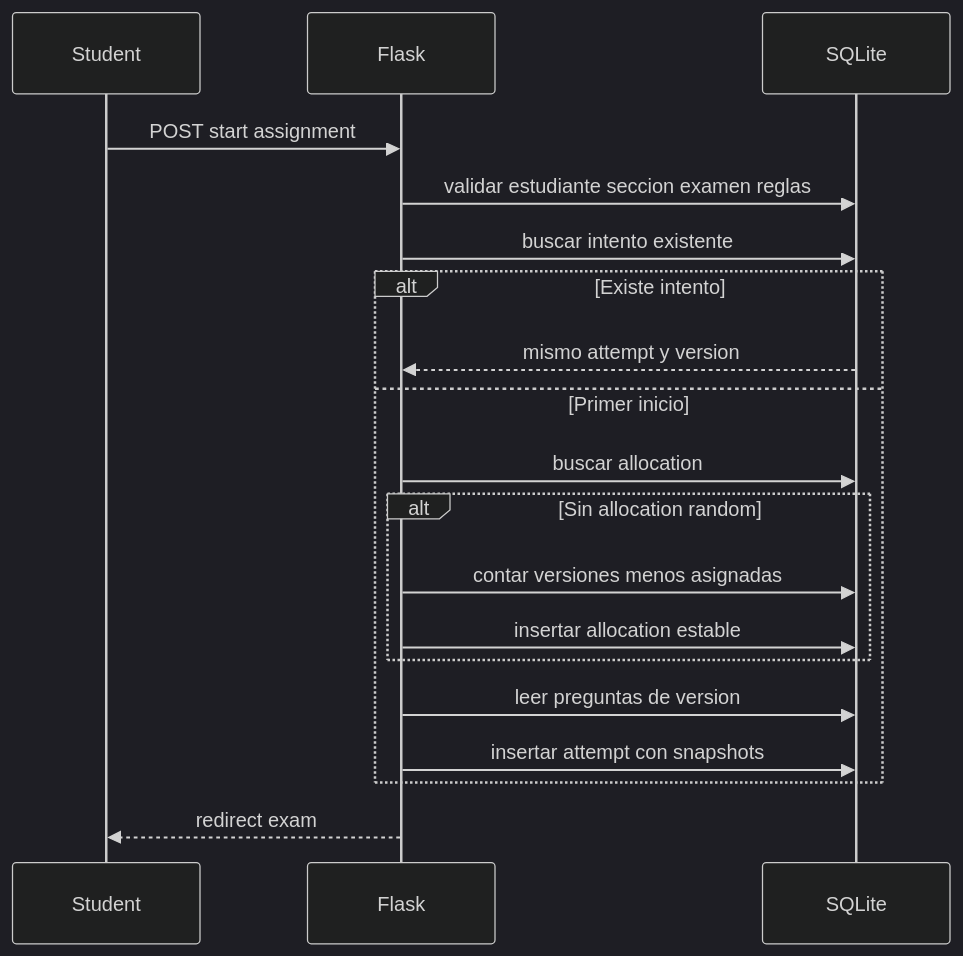
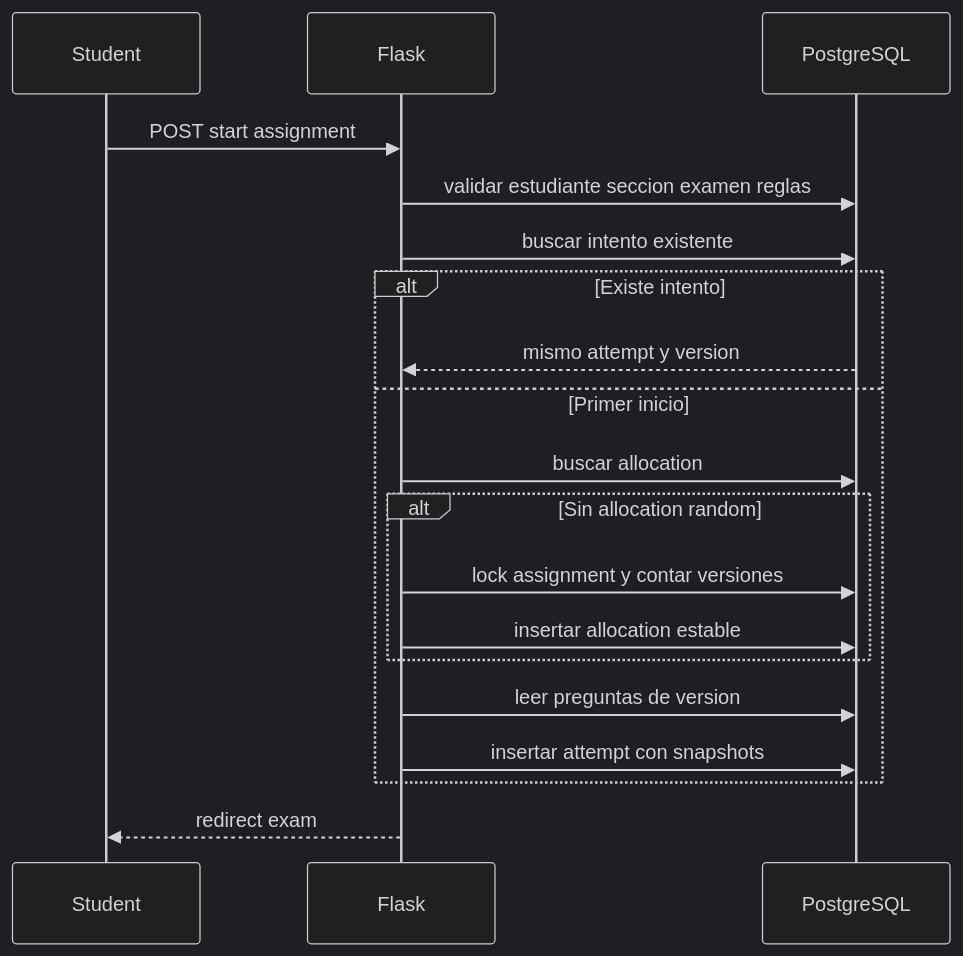
Before and after one commit to avismael/AssesStudio: the third of 4 diagrams in docs/05-architecture.md, drawn with Mermaid (dark theme). The commit also changed other lines of this file and 56 other files, not shown here.

````diff
--- a/docs/05-architecture.md
+++ b/docs/05-architecture.md
@@ -96,21 +98,21 @@
 ```mermaid
 sequenceDiagram
     participant S as Student
     participant F as Flask
-    participant D as SQLite
+    participant D as PostgreSQL
     S->>F: POST start assignment
     F->>D: validar estudiante seccion examen reglas
     F->>D: buscar intento existente
     alt Existe intento
         D-->>F: mismo attempt y version
     else Primer inicio
         F->>D: buscar allocation
         alt Sin allocation random
-            F->>D: contar versiones menos asignadas
+            F->>D: lock assignment y contar versiones
             F->>D: insertar allocation estable
         end
         F->>D: leer preguntas de version
         F->>D: insertar attempt con snapshots
     end
     F-->>S: redirect exam
 ```
````
